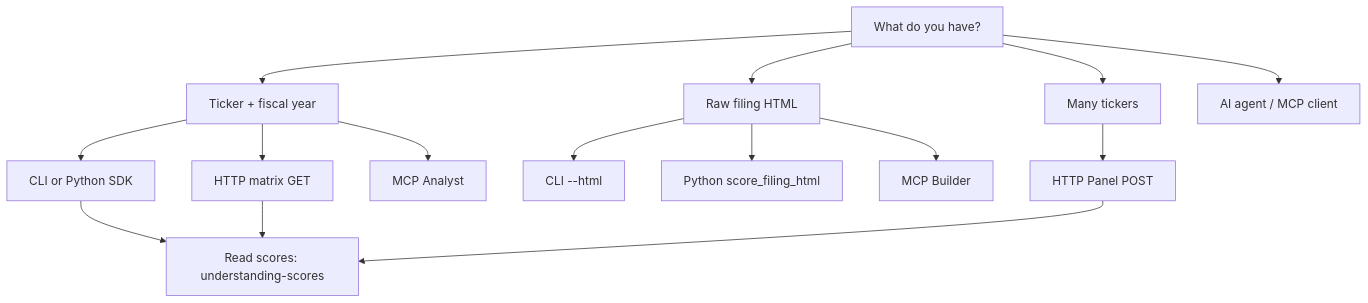
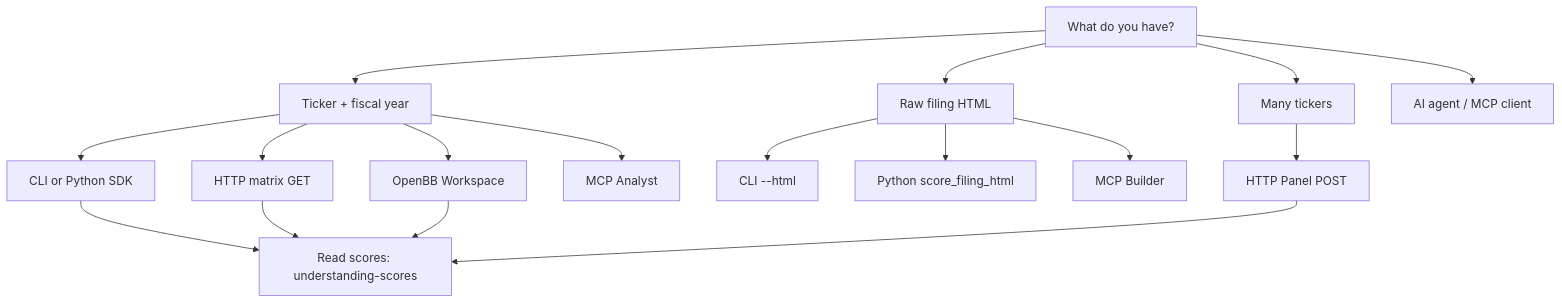
One commit to alwank/disclosure-alpha changed the diagram in docs/getting-started/choose-your-surface.md. Above: the diagram before and after it, drawn with Mermaid. The commit also changed other lines of this file and 58 other files, not shown here.

First line of the commit message:
Release 1.5.1: OpenBB Workspace addon, HTTP MCP, and pipeline improvements.

````diff
--- a/docs/getting-started/choose-your-surface.md
+++ b/docs/getting-started/choose-your-surface.md
@@ -7,27 +7,29 @@
 ```mermaid
 flowchart TD
   start["What do you have?"]
   ticker["Ticker + fiscal year"]
   html["Raw filing HTML"]
   batch["Many tickers"]
   agent["AI agent / MCP client"]
 
   start --> ticker
   start --> html
   start --> batch
   start --> agent
 
   ticker --> cli_t["CLI or Python SDK"]
   ticker --> http_t["HTTP matrix GET"]
+  ticker --> openbb_d["OpenBB Workspace"]
   ticker --> mcp_a["MCP Analyst"]
 
   html --> cli_h["CLI --html"]
   html --> py_h["Python score_filing_html"]
   html --> mcp_b["MCP Builder"]
 
   batch --> panel["HTTP Panel POST"]
 
   cli_t --> read["Read scores: understanding-scores"]
   http_t --> read
+  openbb_d --> read
   panel --> read
 ```
````
